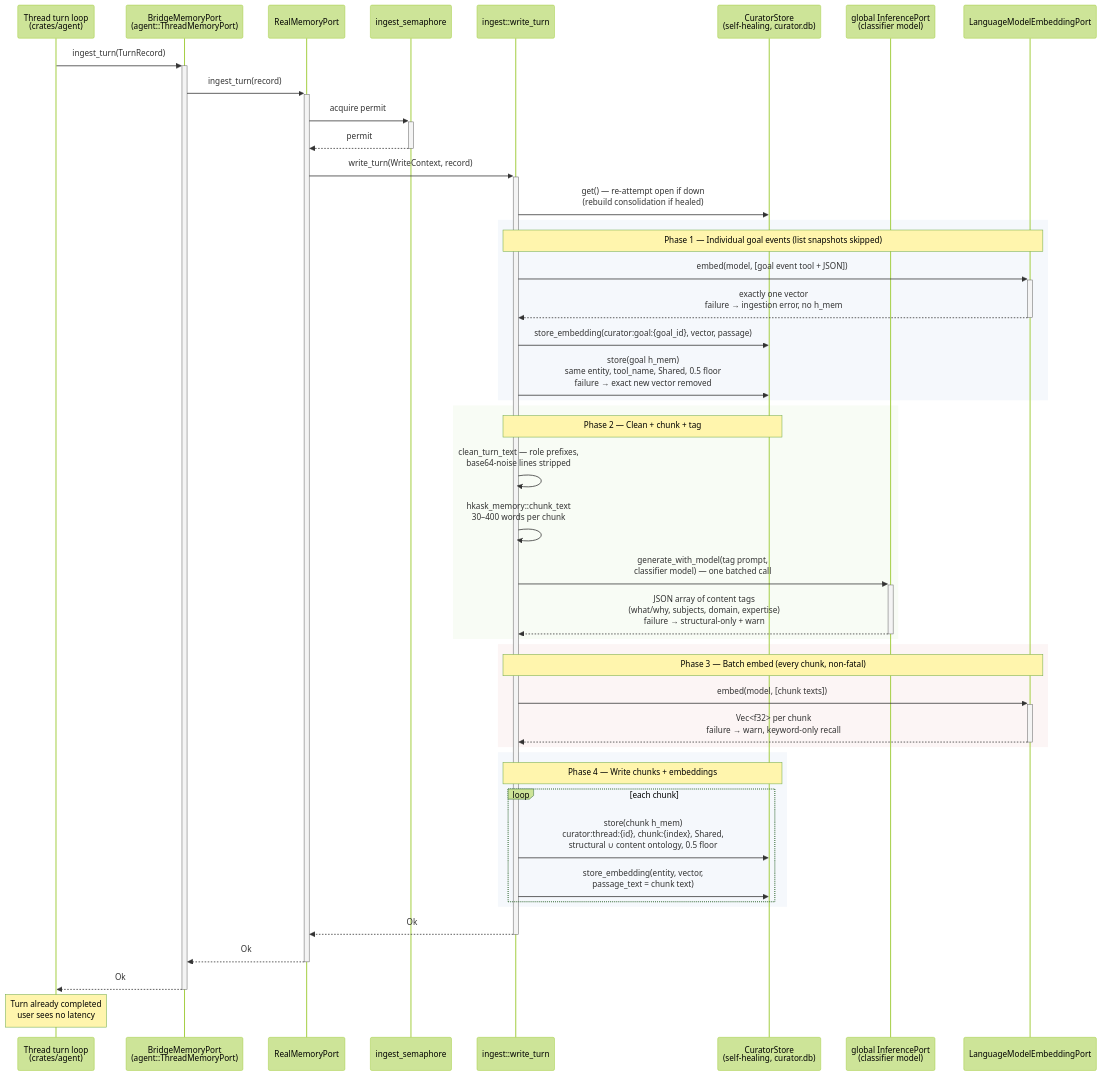
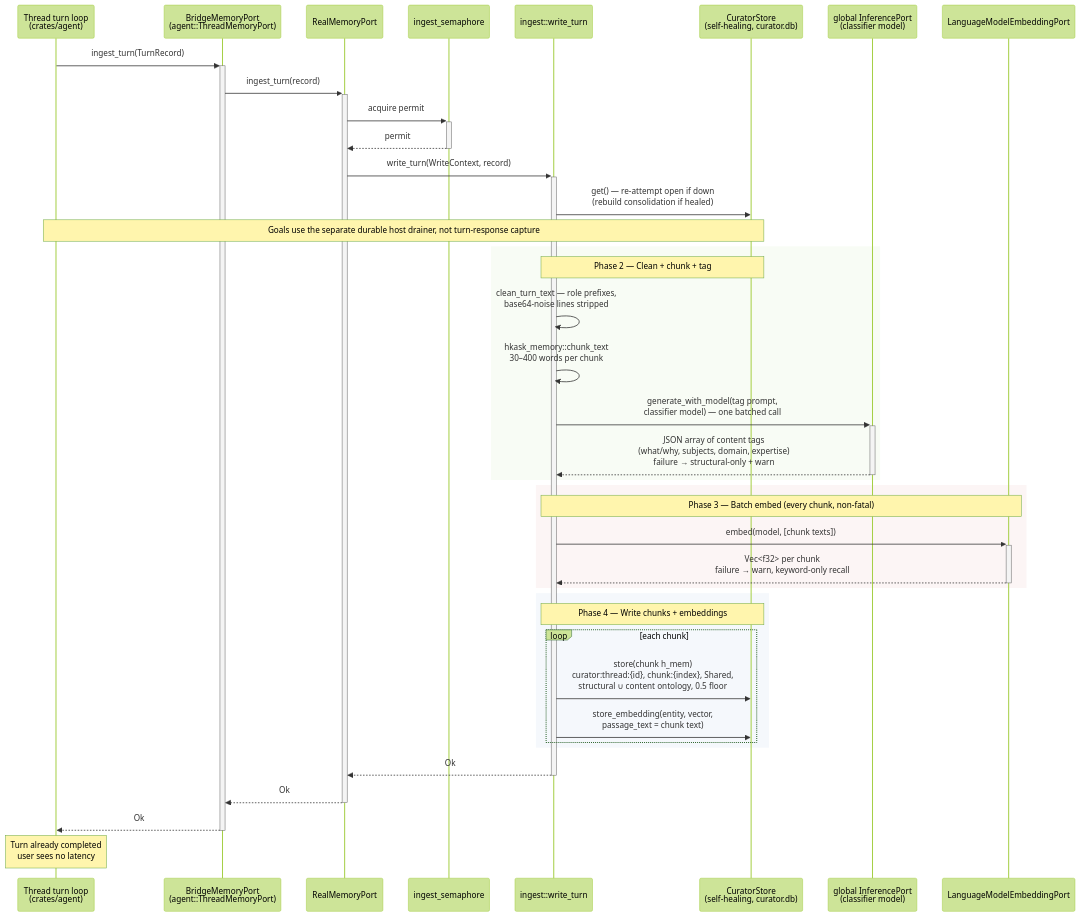
The third of 6 diagrams in kask/docs/architecture/memory-system-specification.md (mdz-axo/zed-kask), drawn with Mermaid (forest theme) before and after one commit. The commit also changed other lines of this file and 27 other files, not shown here.

````diff
--- a/kask/docs/architecture/memory-system-specification.md
+++ b/kask/docs/architecture/memory-system-specification.md
@@ -517,54 +502,49 @@
 ```mermaid
 sequenceDiagram
     participant Thread as Thread turn loop<br/>(crates/agent)
     participant Bridge as BridgeMemoryPort<br/>(agent::ThreadMemoryPort)
     participant Real as RealMemoryPort
     participant Sem as ingest_semaphore
     participant Write as ingest::write_turn
     participant Curator as CuratorStore<br/>(self-healing, curator.db)
     participant Tag as global InferencePort<br/>(classifier model)
     participant EmbedPort as LanguageModelEmbeddingPort
 
     Thread->>+Bridge: ingest_turn(TurnRecord)
     Bridge->>+Real: ingest_turn(record)
     Real->>+Sem: acquire permit
     Sem-->>-Real: permit
     Real->>+Write: write_turn(WriteContext, record)
 
     Write->>Curator: get() — re-attempt open if down<br/>(rebuild consolidation if healed)
 
-    rect rgb(245, 248, 252)
-        Note over Write,EmbedPort: Phase 1 — Individual goal events (list snapshots skipped)
-        Write->>+EmbedPort: embed(model, [goal event tool + JSON])
-        EmbedPort-->>-Write: exactly one vector<br/>failure → ingestion error, no h_mem
-        Write->>Curator: store_embedding(curator:goal:{goal_id}, vector, passage)
-        Write->>Curator: store(goal h_mem)<br/>same entity, tool_name, Shared, 0.5 floor<br/>failure → exact new vector removed
-    end
+    Note over Thread,Curator: Goals use the separate durable host drainer, not turn-response capture
+
 
     rect rgb(248, 252, 245)
         Note over Write,Curator: Phase 2 — Clean + chunk + tag
         Write->>Write: clean_turn_text — role prefixes,<br/>base64-noise lines stripped
         Write->>Write: hkask_memory::chunk_text<br/>30–400 words per chunk
         Write->>+Tag: generate_with_model(tag prompt,<br/>classifier model) — one batched call
         Tag-->>-Write: JSON array of content tags<br/>(what/why, subjects, domain, expertise)<br/>failure → structural-only + warn
     end
 
     rect rgb(252, 245, 245)
         Note over Write,EmbedPort: Phase 3 — Batch embed (every chunk, non-fatal)
         Write->>+EmbedPort: embed(model, [chunk texts])
         EmbedPort-->>-Write: Vec<f32> per chunk<br/>failure → warn, keyword-only recall
     end
 
     rect rgb(245, 248, 252)
         Note over Write,Curator: Phase 4 — Write chunks + embeddings
         loop each chunk
             Write->>Curator: store(chunk h_mem)<br/>curator:thread:{id}, chunk:{index}, Shared,<br/>structural ∪ content ontology, 0.5 floor
             Write->>Curator: store_embedding(entity, vector,<br/>passage_text = chunk text)
         end
     end
 
     Write-->>-Real: Ok
     Real-->>-Bridge: Ok
     Bridge-->>-Thread: Ok
     Note over Thread: Turn already completed<br/>user sees no latency
 ```
````
